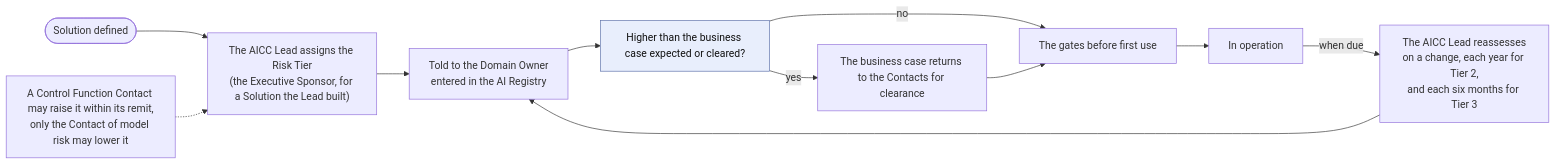
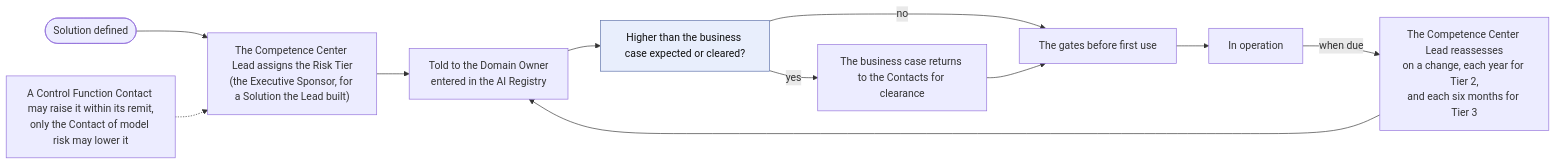
One commit to devhogu/ob-aicc changed the first of 3 diagrams in charter/en/workflows/ai-risk-control.md. Above: the diagram before and after it, drawn with Mermaid. The commit also changed other lines of this file and 1149 other files, not shown here.

First line of the commit message:
The name Competence Center: AICC stays only as a code (DR-2026-066)

````diff
--- a/charter/en/workflows/ai-risk-control.md
+++ b/charter/en/workflows/ai-risk-control.md
@@ -15,15 +15,15 @@
 ```mermaid
 flowchart LR
-  DEF(["Solution defined"]) --> AS["The AICC Lead assigns the Risk Tier<br/>(the Executive Sponsor, for a Solution the Lead built)"]
+  DEF(["Solution defined"]) --> AS["The Competence Center Lead assigns the Risk Tier<br/>(the Executive Sponsor, for a Solution the Lead built)"]
   AS --> TELL["Told to the Domain Owner<br/>entered in the AI Registry"]
   TELL --> CASE["Higher than the business case expected or cleared?"]
   CASE -->|"yes"| RET["The business case returns to the Contacts for clearance"]
   CASE -->|"no"| GATES["The gates before first use"]
   RET --> GATES
   GATES --> LIVE["In operation"]
-  LIVE -->|"when due"| RE["The AICC Lead reassesses<br/>on a change, each year for Tier 2,<br/>and each six months for Tier 3"]
+  LIVE -->|"when due"| RE["The Competence Center Lead reassesses<br/>on a change, each year for Tier 2,<br/>and each six months for Tier 3"]
   RE --> TELL
   CF["A Control Function Contact may raise it within its remit,<br/>only the Contact of model risk may lower it"] -.-> AS
   classDef gate fill:#e8eefc,stroke:#5a6fa8,color:#111
   class CASE gate
 ```
````
